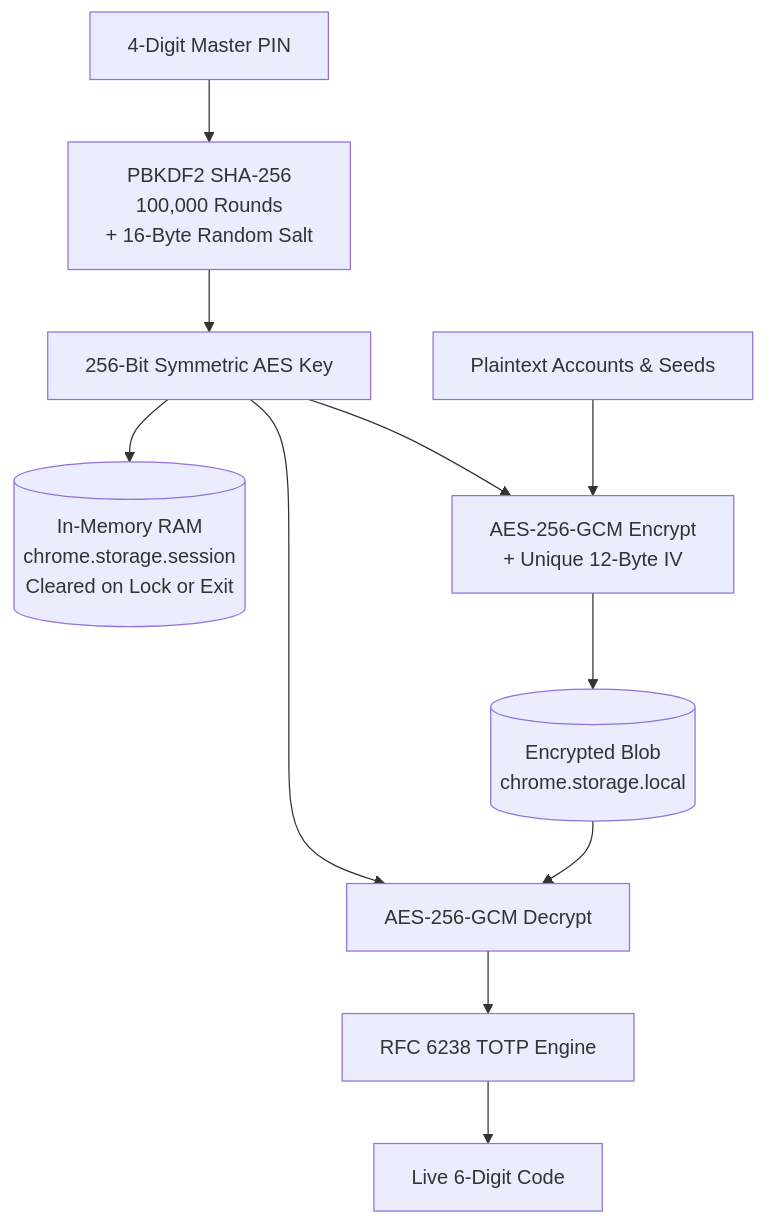
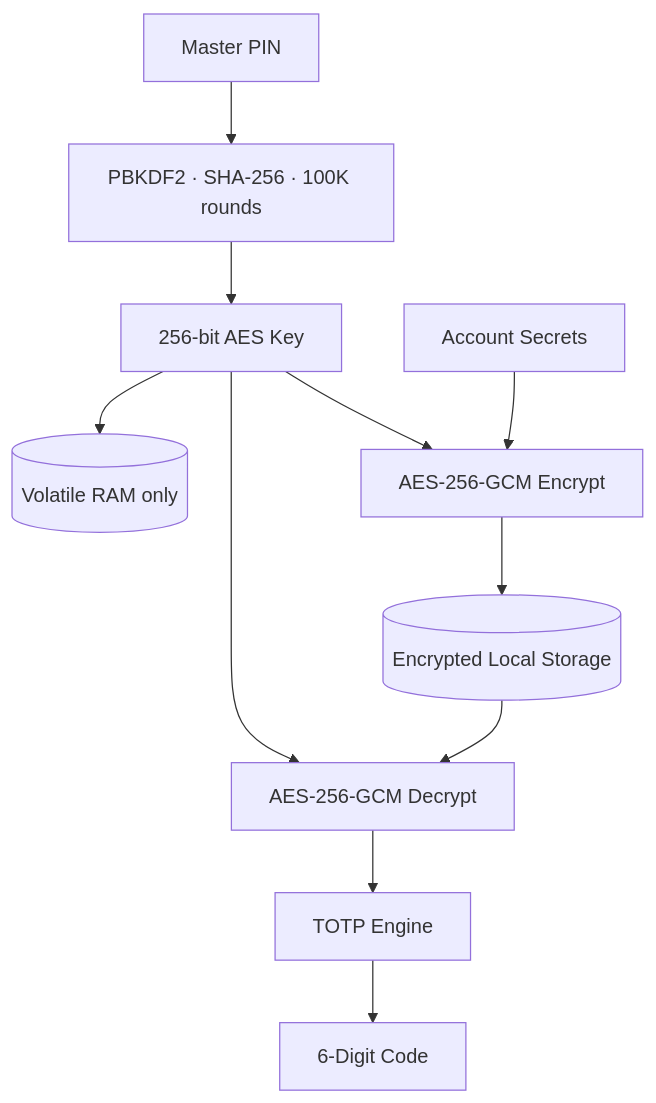
The diagram in README.md (alisufiankhan/KeySync), drawn with Mermaid before and after one commit. The commit also changed other lines of this file, not shown here.

Commit message:
Fix README: simplify Mermaid diagram, swap hero screenshot to promo-1

````diff
--- a/README.md
+++ b/README.md
@@ -99,16 +94,13 @@
 ```mermaid
 flowchart TD
-    PIN[4-Digit Master PIN] --> KDF[PBKDF2 SHA-256 \n 100,000 Rounds \n + 16-Byte Random Salt]
-    KDF --> KEY[256-Bit Symmetric AES Key]
-    
-    KEY --> RAM[(In-Memory RAM \n chrome.storage.session \n Cleared on Lock or Exit)]
-    
-    VAULT[Plaintext Accounts & Seeds] --> ENC[AES-256-GCM Encrypt \n + Unique 12-Byte IV]
+    PIN[Master PIN] --> KDF[PBKDF2 · SHA-256 · 100K rounds]
+    KDF --> KEY[256-bit AES Key]
+    KEY --> RAM[(Volatile RAM only)]
+    VAULT[Account Secrets] --> ENC[AES-256-GCM Encrypt]
     KEY --> ENC
-    ENC --> STORAGE[(Encrypted Blob \n chrome.storage.local)]
-    
-    STORAGE --> DEC[AES-256-GCM Decrypt]
+    ENC --> DISK[(Encrypted Local Storage)]
+    DISK --> DEC[AES-256-GCM Decrypt]
     KEY --> DEC
-    DEC --> TOTP[RFC 6238 TOTP Engine]
-    TOTP --> TOKEN[Live 6-Digit Code]
+    DEC --> TOTP[TOTP Engine]
+    TOTP --> CODE[6-Digit Code]
 ```
````
